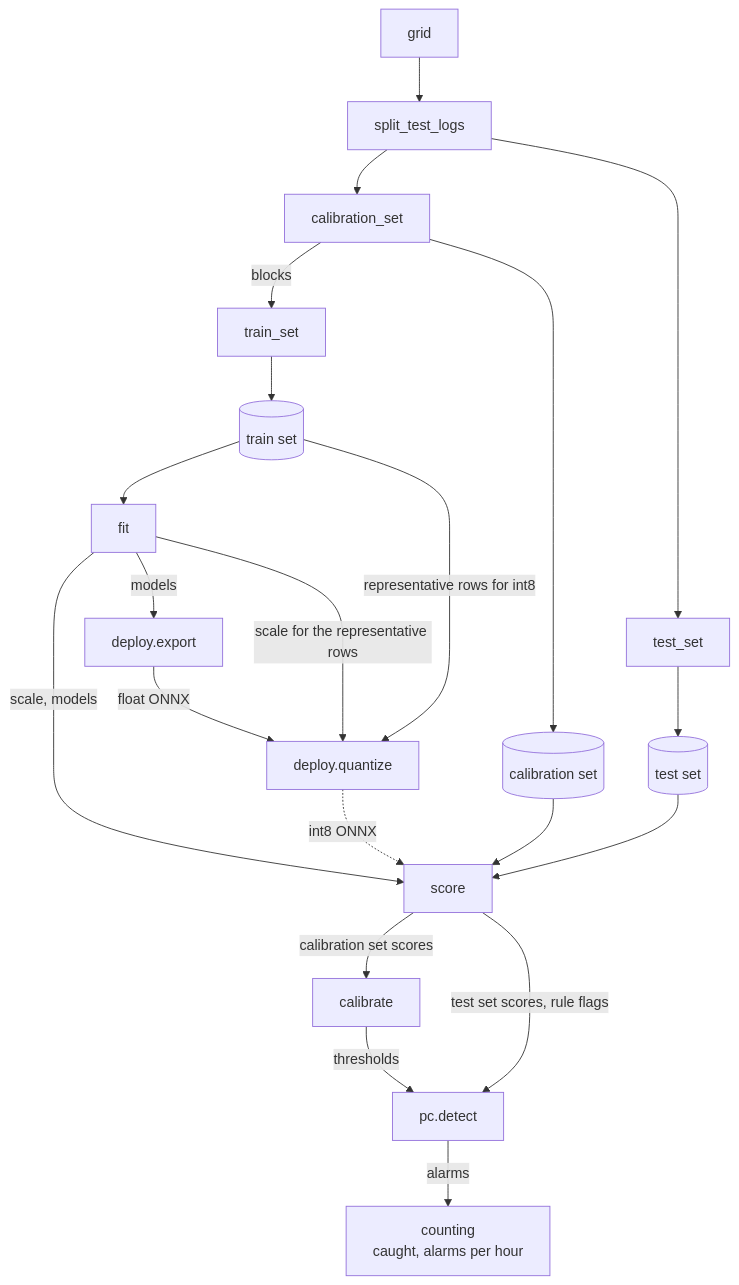
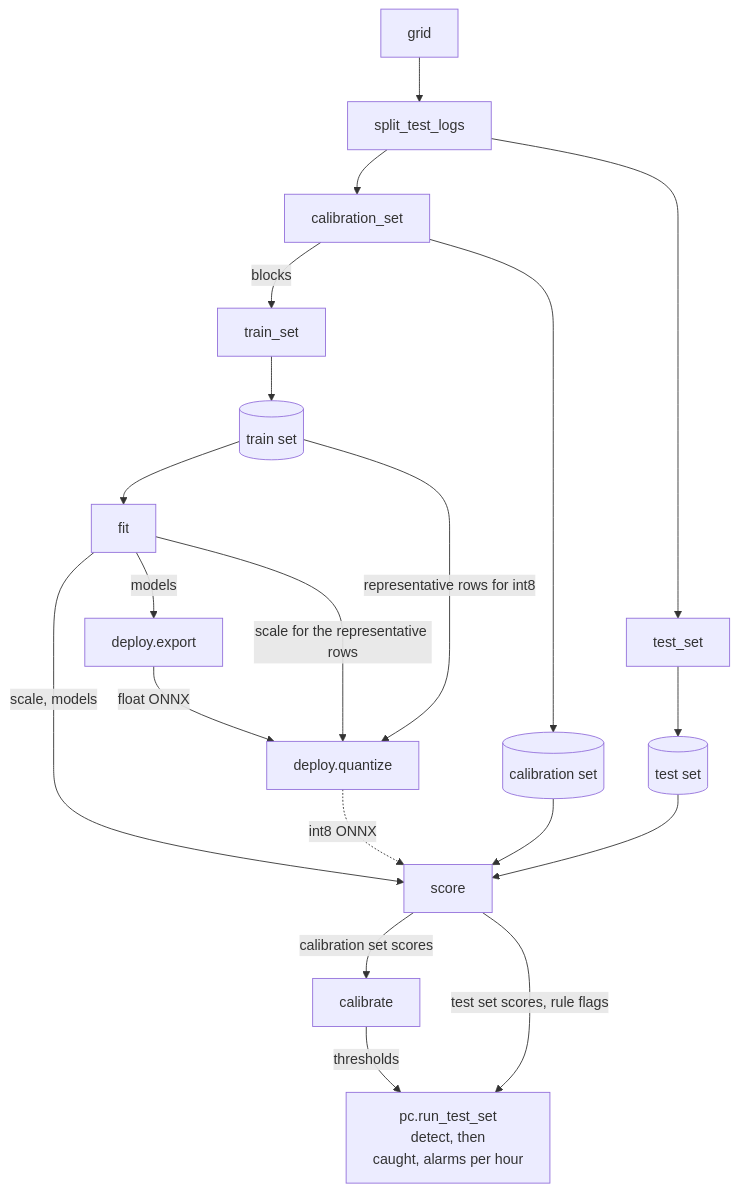
One commit to asana17/ai_can_anomaly_detection changed the diagram in README.md. Above: the diagram before and after it, drawn with Mermaid. The commit also changed other lines of this file, not shown here.

Commit message:
docs: record the score split done in the TODO

````diff
--- a/README.md
+++ b/README.md
@@ -93,20 +93,19 @@
   ```mermaid
   flowchart TB
       grid --> split["split_test_logs"] --> calibration_set & test_set
       calibration_set -- blocks --> train_set
       train_set --> train[(train set)]
       calibration_set --> calibration[(calibration set)]
       test_set --> test[(test set)]
       train --> fit
       fit -- scale, models --> score
       calibration --> score
       test --> score
       score -- calibration set scores --> calibrate
-      score -- test set scores, rule flags --> detect["pc.detect"]
-      calibrate -- thresholds --> detect
-      detect -- alarms --> counting["counting<br/>caught, alarms per hour"]
+      score -- test set scores, rule flags --> run["pc.run_test_set<br/>detect, then<br/>caught, alarms per hour"]
+      calibrate -- thresholds --> run
       fit -- models --> export["deploy.export"] -- float ONNX --> quantize["deploy.quantize"]
       train -- representative rows for int8 --> quantize
       fit -- scale for the representative rows --> quantize
       quantize -. int8 ONNX .-> score
   ```
````
